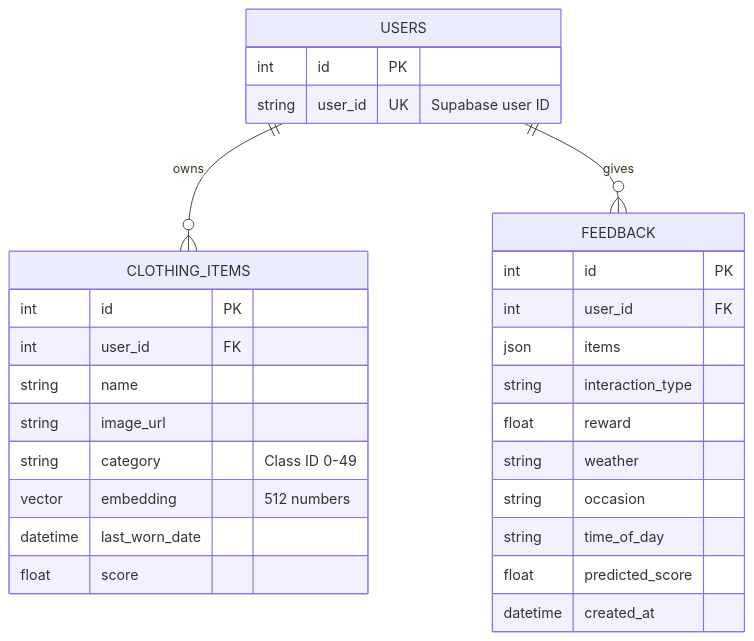
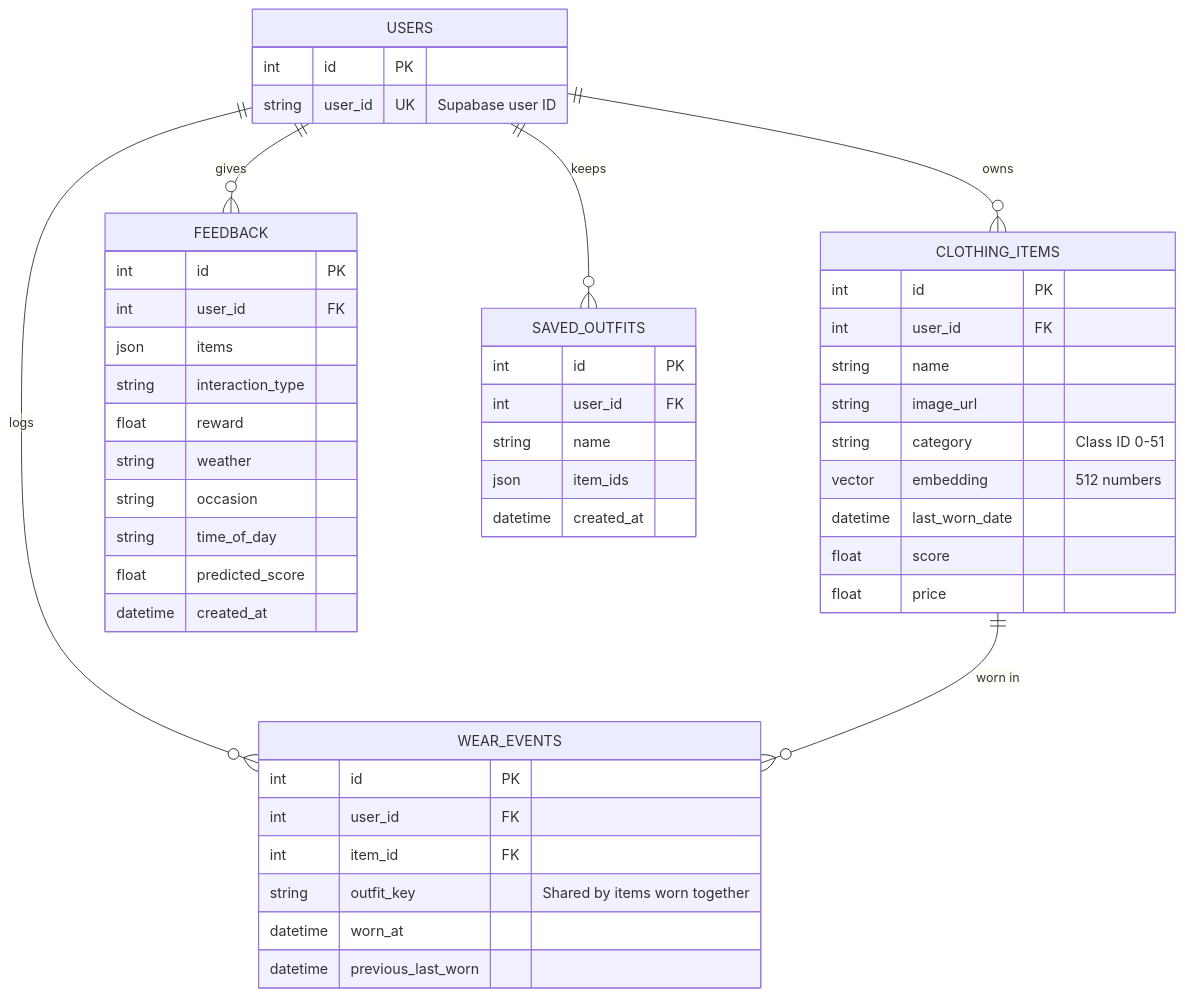
The fifth of 5 diagrams in README.md (nithinskumar866/style-matrix), drawn with Mermaid before and after one commit. The commit also changed other lines of this file and 7 other files, not shown here.

````diff
--- a/README.md
+++ b/README.md
@@ -193,32 +224,51 @@
 ```mermaid
 erDiagram
     USERS ||--o{ CLOTHING_ITEMS : owns
     USERS ||--o{ FEEDBACK : gives
+    USERS ||--o{ WEAR_EVENTS : logs
+    USERS ||--o{ SAVED_OUTFITS : keeps
+    CLOTHING_ITEMS ||--o{ WEAR_EVENTS : "worn in"
 
     USERS {
         int id PK
         string user_id UK "Supabase user ID"
     }
     CLOTHING_ITEMS {
         int id PK
         int user_id FK
         string name
         string image_url
-        string category "Class ID 0-49"
+        string category "Class ID 0-51"
         vector embedding "512 numbers"
         datetime last_worn_date
         float score
+        float price
+    }
+    WEAR_EVENTS {
+        int id PK
+        int user_id FK
+        int item_id FK
+        string outfit_key "Shared by items worn together"
+        datetime worn_at
+        datetime previous_last_worn
+    }
+    SAVED_OUTFITS {
+        int id PK
+        int user_id FK
+        string name
+        json item_ids
+        datetime created_at
     }
     FEEDBACK {
         int id PK
         int user_id FK
         json items
         string interaction_type
         float reward
         string weather
         string occasion
         string time_of_day
         float predicted_score
         datetime created_at
     }
 ```
````
